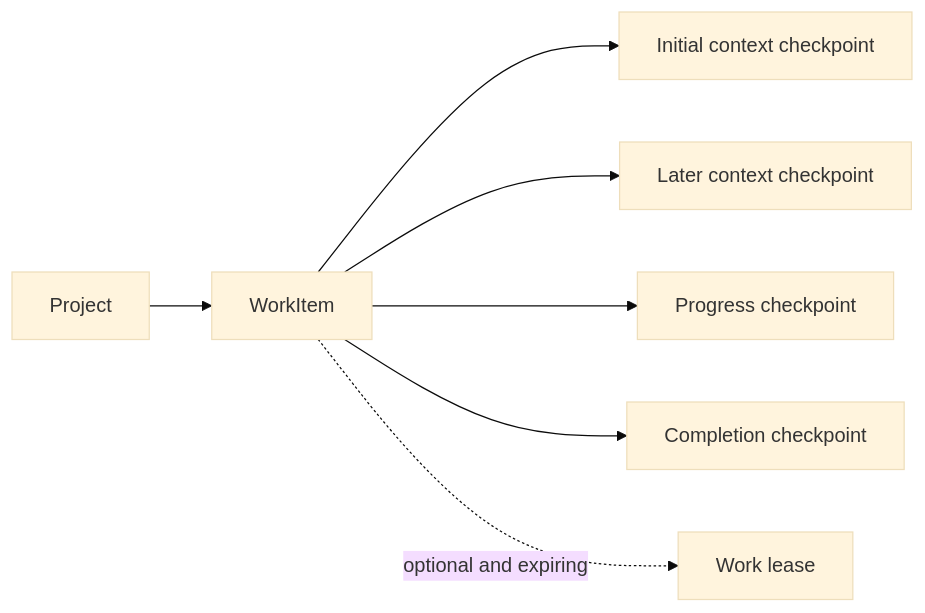
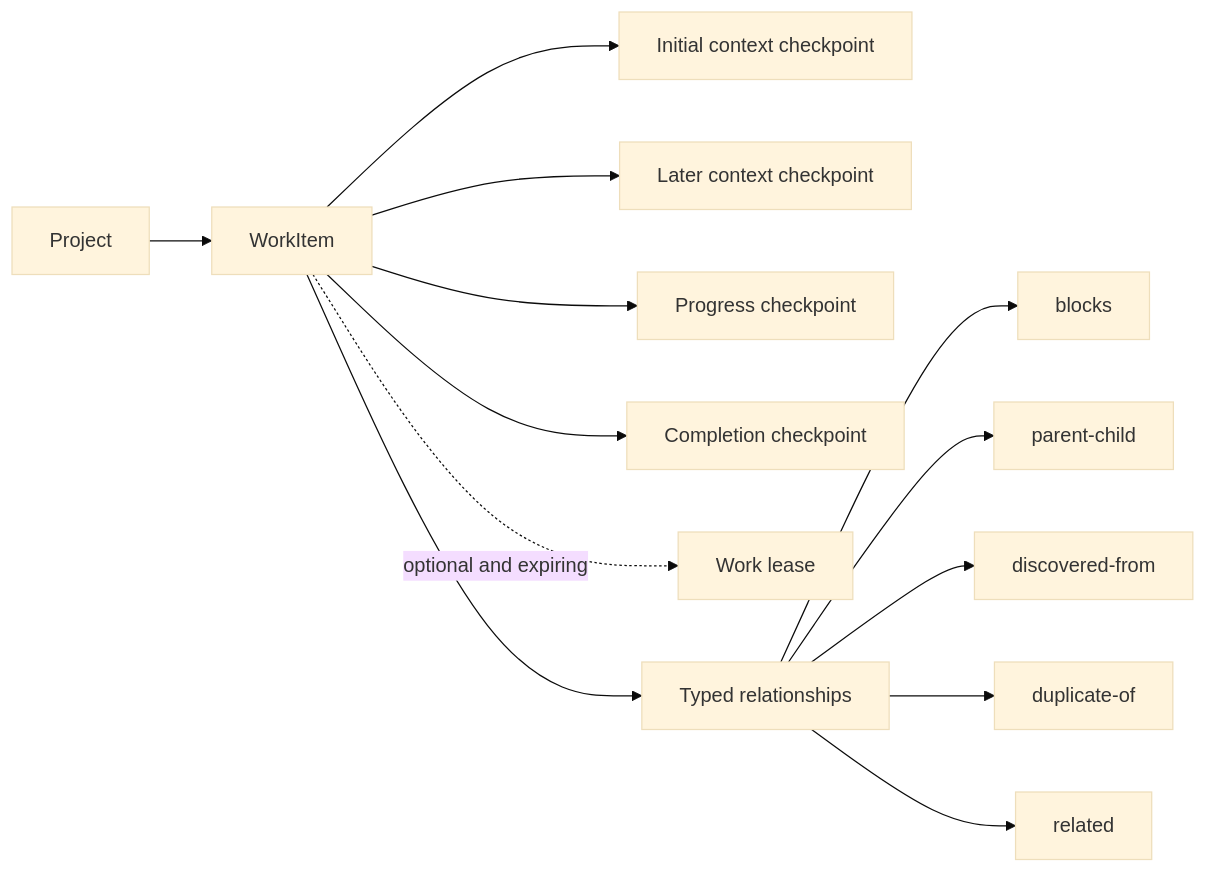
One commit to RightBrain-Networks/mnemonic changed the first of 2 diagrams in docs/architecture.md. Above: the diagram before and after it, drawn with Mermaid (base theme). The commit also changed other lines of this file and 58 other files, not shown here.

Commit message:
Deliver typed work relationships

````diff
--- a/docs/architecture.md
+++ b/docs/architecture.md
@@ -16,9 +16,15 @@
 ```mermaid
 flowchart LR
     Project --> WorkItem
     WorkItem --> Initial[Initial context checkpoint]
     WorkItem --> Context[Later context checkpoint]
     WorkItem --> Progress[Progress checkpoint]
     WorkItem --> Completion[Completion checkpoint]
     WorkItem -. optional and expiring .-> Lease[Work lease]
+    WorkItem --> Graph[Typed relationships]
+    Graph --> Blocks[blocks]
+    Graph --> Parent[parent-child]
+    Graph --> Discovery[discovered-from]
+    Graph --> Duplicate[duplicate-of]
+    Graph --> Related[related]
 ```
````
